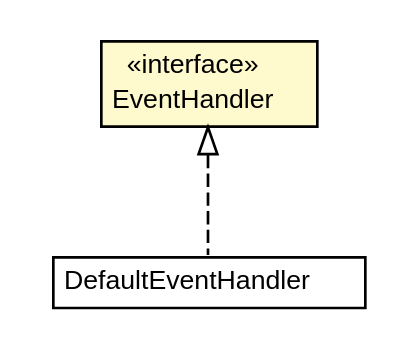
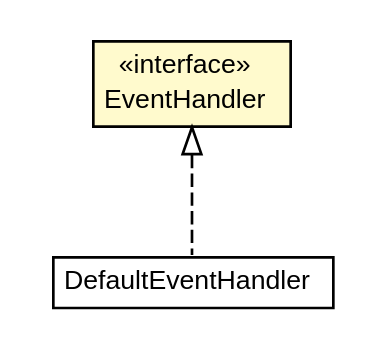
The diagram in doxdb-core/apidocs/net/trajano/doxdb/ext/EventHandler.dot (trajano/doxdb), drawn with Graphviz before and after one commit. The commit also changed 257 other files, not shown here.

```diff
--- a/doxdb-core/apidocs/net/trajano/doxdb/ext/EventHandler.dot
+++ b/doxdb-core/apidocs/net/trajano/doxdb/ext/EventHandler.dot
@@ -1,27 +1,27 @@
 #!/usr/local/bin/dot
 #
 # Class diagram 
 # Generated by UMLGraph version R5_6-24-gf6e263 (http://www.umlgraph.org/)
 #
 
 digraph G {
-	edge [fontname="Helvetica",fontsize=10,labelfontname="Helvetica",labelfontsize=10];
-	node [fontname="Helvetica",fontsize=10,shape=plaintext];
+	edge [fontname="arial",fontsize=10,labelfontname="arial",labelfontsize=10];
+	node [fontname="arial",fontsize=10,shape=plaintext];
 	nodesep=0.25;
 	ranksep=0.5;
-	// net.trajano.doxdb.ext.DefaultEventHandler
-	c376 [label=<<table title="net.trajano.doxdb.ext.DefaultEventHandler" border="0" cellborder="1" cellspacing="0" cellpadding="2" port="p" href="./DefaultEventHandler.html">
-		<tr><td><table border="0" cellspacing="0" cellpadding="1">
-<tr><td align="center" balign="center"> DefaultEventHandler </td></tr>
-		</table></td></tr>
-		</table>>, URL="./DefaultEventHandler.html", fontname="Helvetica", fontcolor="black", fontsize=10.0];
 	// net.trajano.doxdb.ext.EventHandler
-	c377 [label=<<table title="net.trajano.doxdb.ext.EventHandler" border="0" cellborder="1" cellspacing="0" cellpadding="2" port="p" bgcolor="lemonChiffon" href="./EventHandler.html">
+	c389 [label=<<table title="net.trajano.doxdb.ext.EventHandler" border="0" cellborder="1" cellspacing="0" cellpadding="2" port="p" bgcolor="lemonChiffon" href="./EventHandler.html">
 		<tr><td><table border="0" cellspacing="0" cellpadding="1">
 <tr><td align="center" balign="center"> &#171;interface&#187; </td></tr>
 <tr><td align="center" balign="center"> EventHandler </td></tr>
 		</table></td></tr>
-		</table>>, URL="./EventHandler.html", fontname="Helvetica", fontcolor="black", fontsize=10.0];
+		</table>>, URL="./EventHandler.html", fontname="arial", fontcolor="black", fontsize=10.0];
+	// net.trajano.doxdb.ext.DefaultEventHandler
+	c391 [label=<<table title="net.trajano.doxdb.ext.DefaultEventHandler" border="0" cellborder="1" cellspacing="0" cellpadding="2" port="p" href="./DefaultEventHandler.html">
+		<tr><td><table border="0" cellspacing="0" cellpadding="1">
+<tr><td align="center" balign="center"> DefaultEventHandler </td></tr>
+		</table></td></tr>
+		</table>>, URL="./DefaultEventHandler.html", fontname="arial", fontcolor="black", fontsize=10.0];
 	//net.trajano.doxdb.ext.DefaultEventHandler implements net.trajano.doxdb.ext.EventHandler
-	c377:p -> c376:p [dir=back,arrowtail=empty,style=dashed];
+	c389:p -> c391:p [dir=back,arrowtail=empty,style=dashed];
 }
```
